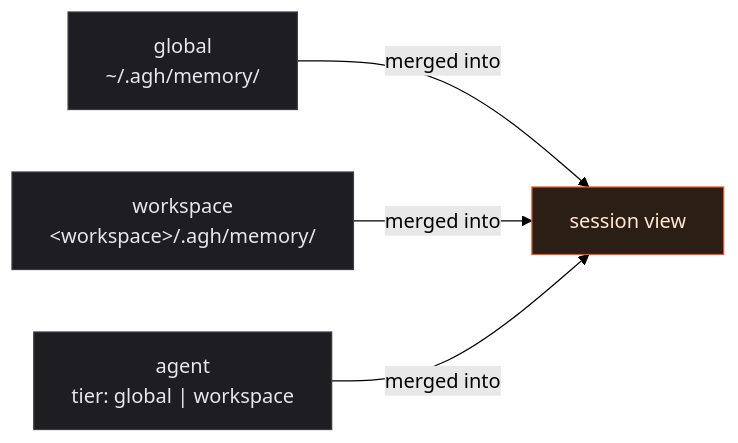
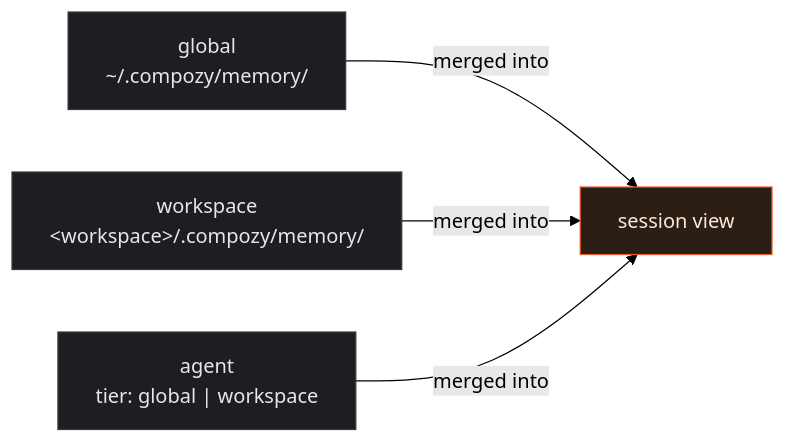
One commit to compozy/compozy changed the diagram in docs/articles/2026-05/02-memory-as-real-work.mdx. Above: the diagram before and after it, drawn with Mermaid (forest theme). The commit also changed other lines of this file and 831 other files, not shown here.

````diff
--- a/docs/articles/2026-05/02-memory-as-real-work.mdx
+++ b/docs/articles/2026-05/02-memory-as-real-work.mdx
@@ -56,11 +56,11 @@
 ```mermaid
 flowchart LR
-  G["global<br/>~/.agh/memory/"] -->|merged into| S
-  W["workspace<br/>&lt;workspace&gt;/.agh/memory/"] -->|merged into| S
+  G["global<br/>~/.compozy/memory/"] -->|merged into| S
+  W["workspace<br/>&lt;workspace&gt;/.compozy/memory/"] -->|merged into| S
   A["agent<br/>tier: global | workspace"] -->|merged into| S
   S["session view"]
   classDef base fill:#1d1d22,stroke:#3a3a44,color:#e6e6ec;
   classDef out fill:#2a1e15,stroke:#e8572a,color:#ffe8d6;
   class G,W,A base;
   class S out;
 ```
````
